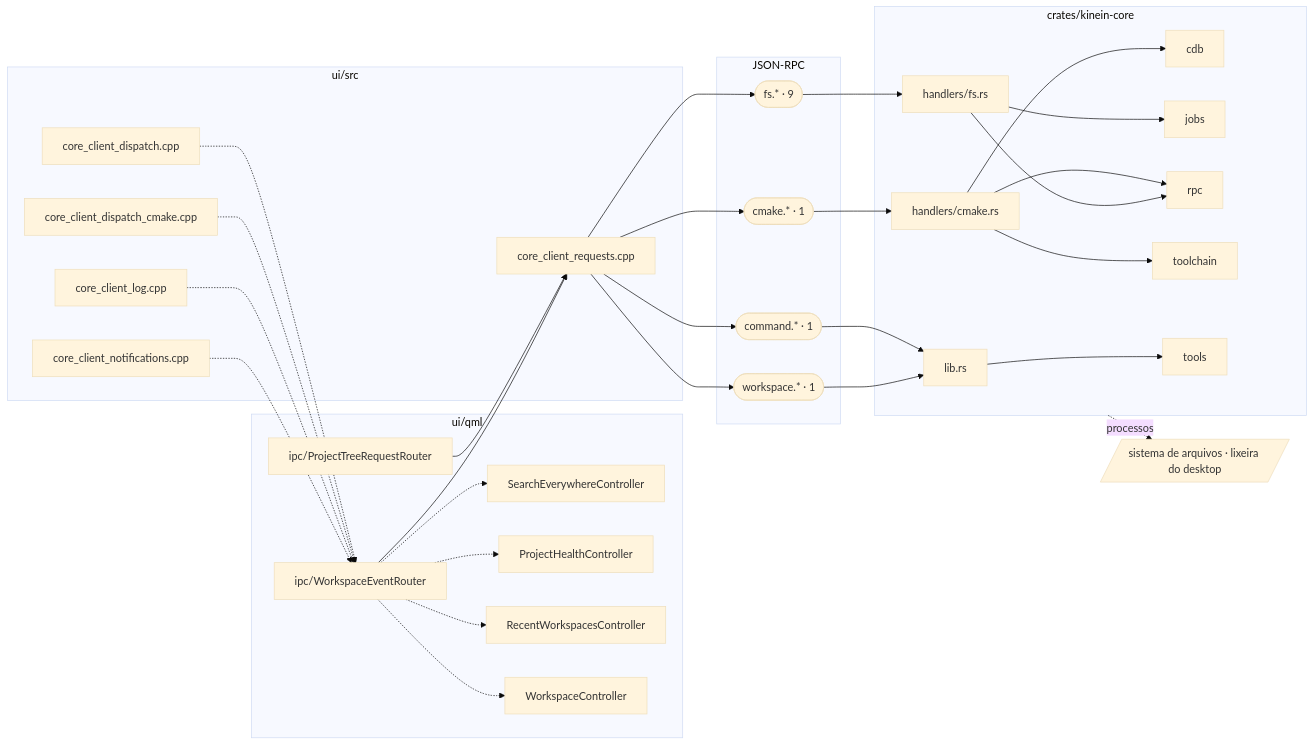
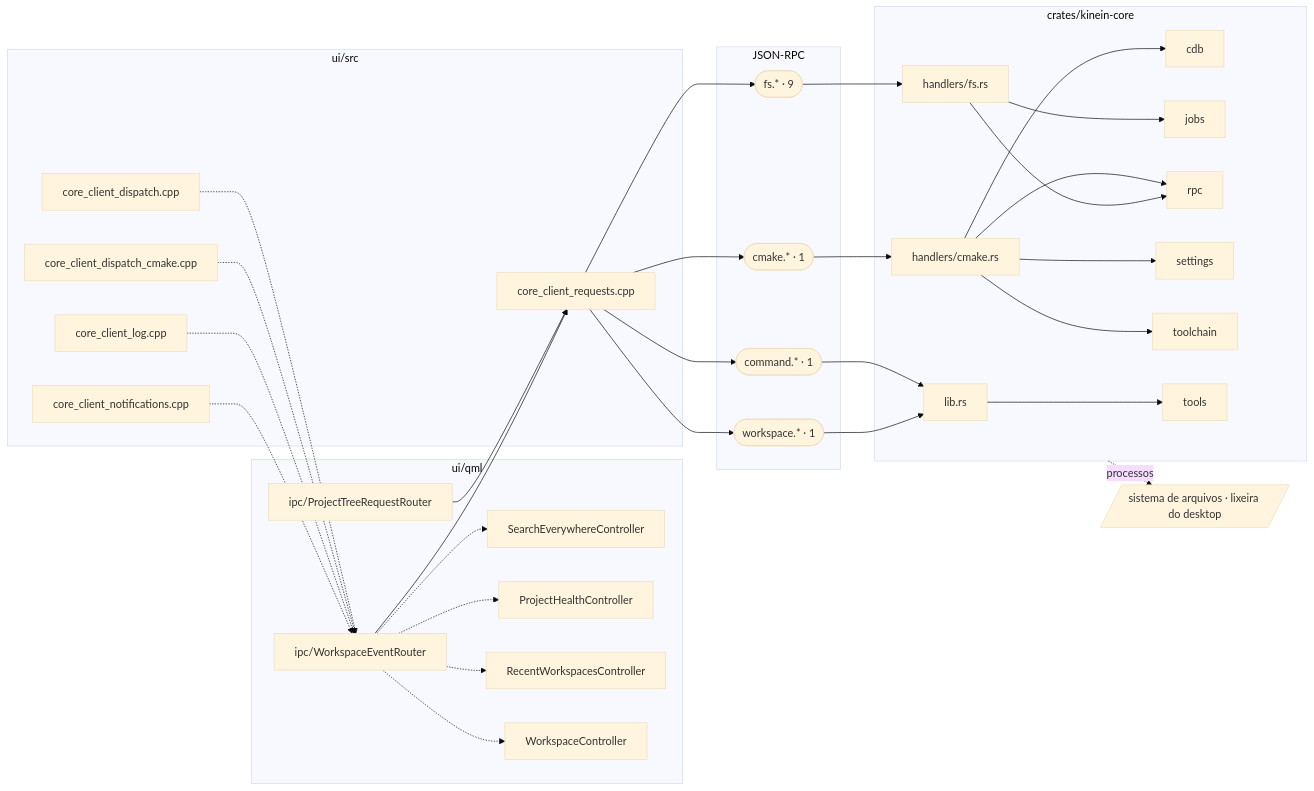
One commit to ViktorWalde/KineinVectis changed the fourth of 16 diagrams in DocsPublic/arquitetura/01-mapa-de-modulos.md. Above: the diagram before and after it, drawn with Mermaid (base theme). The commit also changed other lines of this file, not shown here.

First line of the commit message:
docs: mapa de modulos regenerado (cmake/rigor, build/cmake) — gate-23

````diff
--- a/DocsPublic/arquitetura/01-mapa-de-modulos.md
+++ b/DocsPublic/arquitetura/01-mapa-de-modulos.md
@@ -315,60 +316,62 @@
 ```mermaid
 flowchart LR
   subgraph QML["ui/qml"]
     n_ui_qml_search_SearchEverywhereController_qml["SearchEverywhereController"]
     n_ui_qml_workspace_ProjectHealthController_qml["ProjectHealthController"]
     n_ui_qml_workspace_RecentWorkspacesController_qml["RecentWorkspacesController"]
     n_ui_qml_workspace_WorkspaceController_qml["WorkspaceController"]
     n_ui_qml_ipc_ProjectTreeRequestRouter_qml["ipc/ProjectTreeRequestRouter"]
     n_ui_qml_ipc_WorkspaceEventRouter_qml["ipc/WorkspaceEventRouter"]
   end
   subgraph CPP["ui/src"]
     n_ui_src_core_client_dispatch_cpp["core_client_dispatch.cpp"]
     n_ui_src_core_client_dispatch_cmake_cpp["core_client_dispatch_cmake.cpp"]
     n_ui_src_core_client_log_cpp["core_client_log.cpp"]
     n_ui_src_core_client_notifications_cpp["core_client_notifications.cpp"]
     n_ui_src_core_client_requests_cpp["core_client_requests.cpp"]
   end
   subgraph IPC["JSON-RPC"]
     n_ipc_cmake(["cmake.* · 1"])
     n_ipc_command(["command.* · 1"])
     n_ipc_fs(["fs.* · 9"])
     n_ipc_workspace(["workspace.* · 1"])
   end
   subgraph CORE["crates/kinein-core"]
     n_crates_kinein_core_src_handlers_cmake_rs["handlers/cmake.rs"]
     n_crates_kinein_core_src_handlers_fs_rs["handlers/fs.rs"]
     n_crates_kinein_core_src_lib_rs["lib.rs"]
     n_core_cdb[cdb]
     n_core_jobs[jobs]
     n_core_rpc[rpc]
+    n_core_settings[settings]
     n_core_toolchain[toolchain]
     n_core_tools[tools]
   end
   n_tools_workspace[/"sistema de arquivos · lixeira do desktop"/]
   n_ui_qml_ipc_ProjectTreeRequestRouter_qml --> n_ui_src_core_client_requests_cpp
   n_ui_qml_ipc_WorkspaceEventRouter_qml -.-> n_ui_qml_search_SearchEverywhereController_qml
   n_ui_qml_ipc_WorkspaceEventRouter_qml -.-> n_ui_qml_workspace_ProjectHealthController_qml
   n_ui_qml_ipc_WorkspaceEventRouter_qml -.-> n_ui_qml_workspace_RecentWorkspacesController_qml
   n_ui_qml_ipc_WorkspaceEventRouter_qml -.-> n_ui_qml_workspace_WorkspaceController_qml
   n_ui_qml_ipc_WorkspaceEventRouter_qml --> n_ui_src_core_client_requests_cpp
   n_ui_src_core_client_dispatch_cpp -.-> n_ui_qml_ipc_WorkspaceEventRouter_qml
   n_ui_src_core_client_dispatch_cmake_cpp -.-> n_ui_qml_ipc_WorkspaceEventRouter_qml
   n_ui_src_core_client_log_cpp -.-> n_ui_qml_ipc_WorkspaceEventRouter_qml
   n_ui_src_core_client_notifications_cpp -.-> n_ui_qml_ipc_WorkspaceEventRouter_qml
   n_ui_src_core_client_requests_cpp --> n_ipc_cmake
   n_ui_src_core_client_requests_cpp --> n_ipc_command
   n_ui_src_core_client_requests_cpp --> n_ipc_fs
   n_ui_src_core_client_requests_cpp --> n_ipc_workspace
   n_ipc_cmake --> n_crates_kinein_core_src_handlers_cmake_rs
   n_crates_kinein_core_src_handlers_cmake_rs --> n_core_cdb
   n_crates_kinein_core_src_handlers_cmake_rs --> n_core_rpc
+  n_crates_kinein_core_src_handlers_cmake_rs --> n_core_settings
   n_crates_kinein_core_src_handlers_cmake_rs --> n_core_toolchain
   n_ipc_fs --> n_crates_kinein_core_src_handlers_fs_rs
   n_crates_kinein_core_src_handlers_fs_rs --> n_core_jobs
   n_crates_kinein_core_src_handlers_fs_rs --> n_core_rpc
   n_ipc_command --> n_crates_kinein_core_src_lib_rs
   n_ipc_workspace --> n_crates_kinein_core_src_lib_rs
   n_crates_kinein_core_src_lib_rs --> n_core_tools
   CORE -.->|processos| n_tools_workspace
 ```
````
